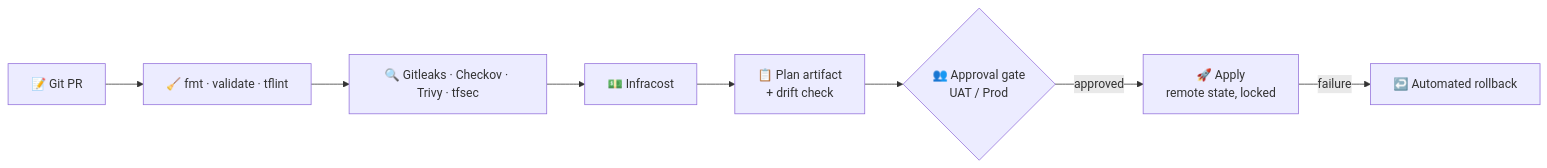
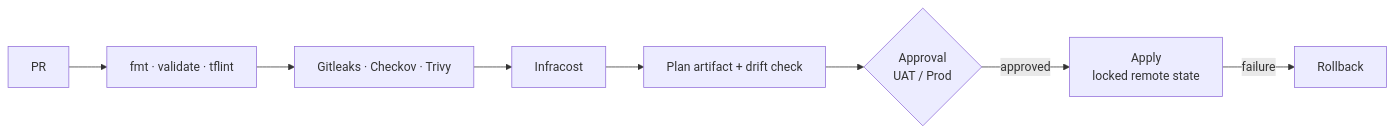
Before and after one commit to HarshAgarwal1102/HarshAgarwal1102: the third of 4 diagrams in README.md, drawn with Mermaid. The commit also changed other lines of this file and 6 other files, not shown here.

````diff
--- a/README.md
+++ b/README.md
@@ -124,10 +180,10 @@
 ```mermaid
 flowchart LR
-    A["📝 Git PR"] --> B["🧹 fmt · validate · tflint"]
-    B --> C["🔍 Gitleaks · Checkov · Trivy · tfsec"]
-    C --> D["💵 Infracost"]
-    D --> E["📋 Plan artifact<br/>+ drift check"]
-    E --> F{"👥 Approval gate<br/>UAT / Prod"}
-    F -->|approved| G["🚀 Apply<br/>remote state, locked"]
-    G -->|failure| H["↩️ Automated rollback"]
+    A["PR"] --> B["fmt · validate · tflint"]
+    B --> C["Gitleaks · Checkov · Trivy"]
+    C --> D["Infracost"]
+    D --> E["Plan artifact + drift check"]
+    E --> F{"Approval<br/>UAT / Prod"}
+    F -->|approved| G["Apply<br/>locked remote state"]
+    G -->|failure| H["Rollback"]
 ```
````
